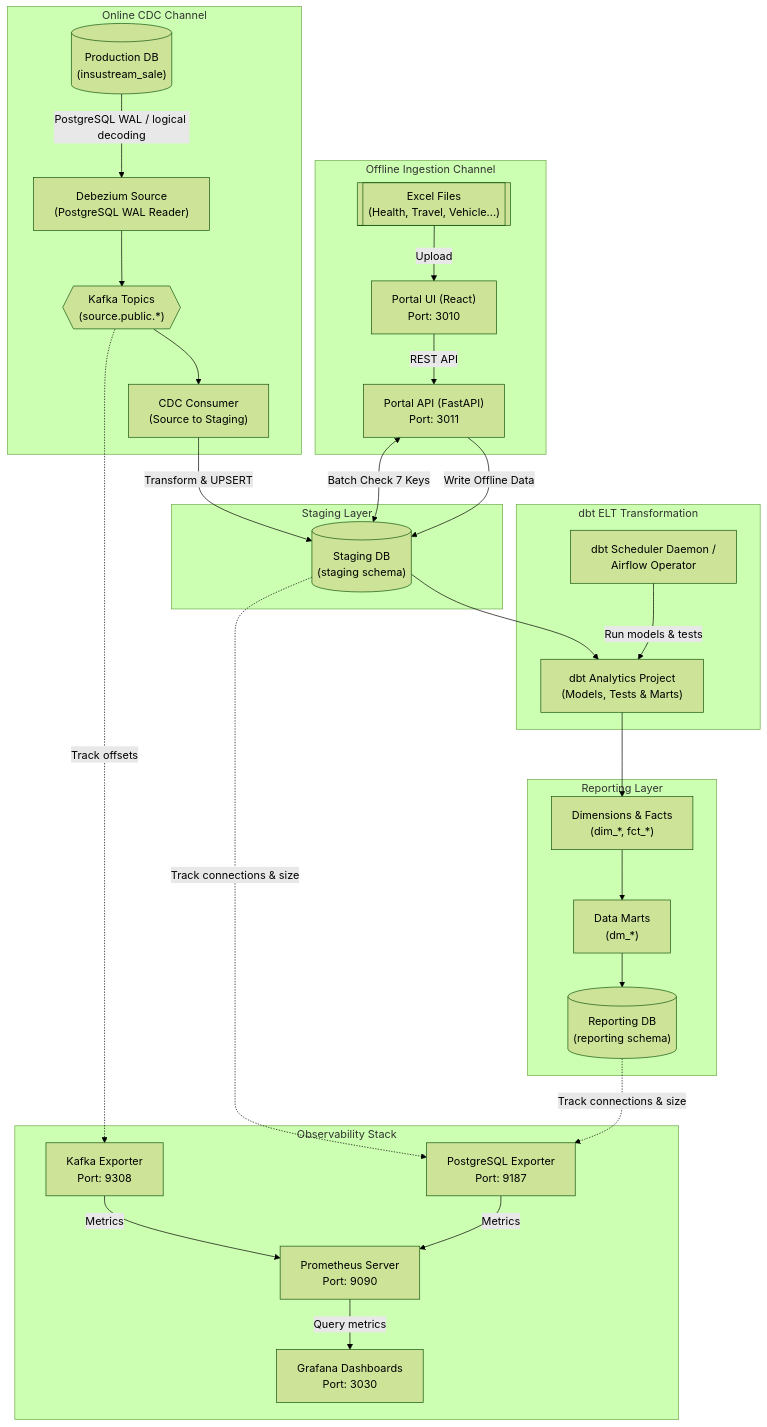
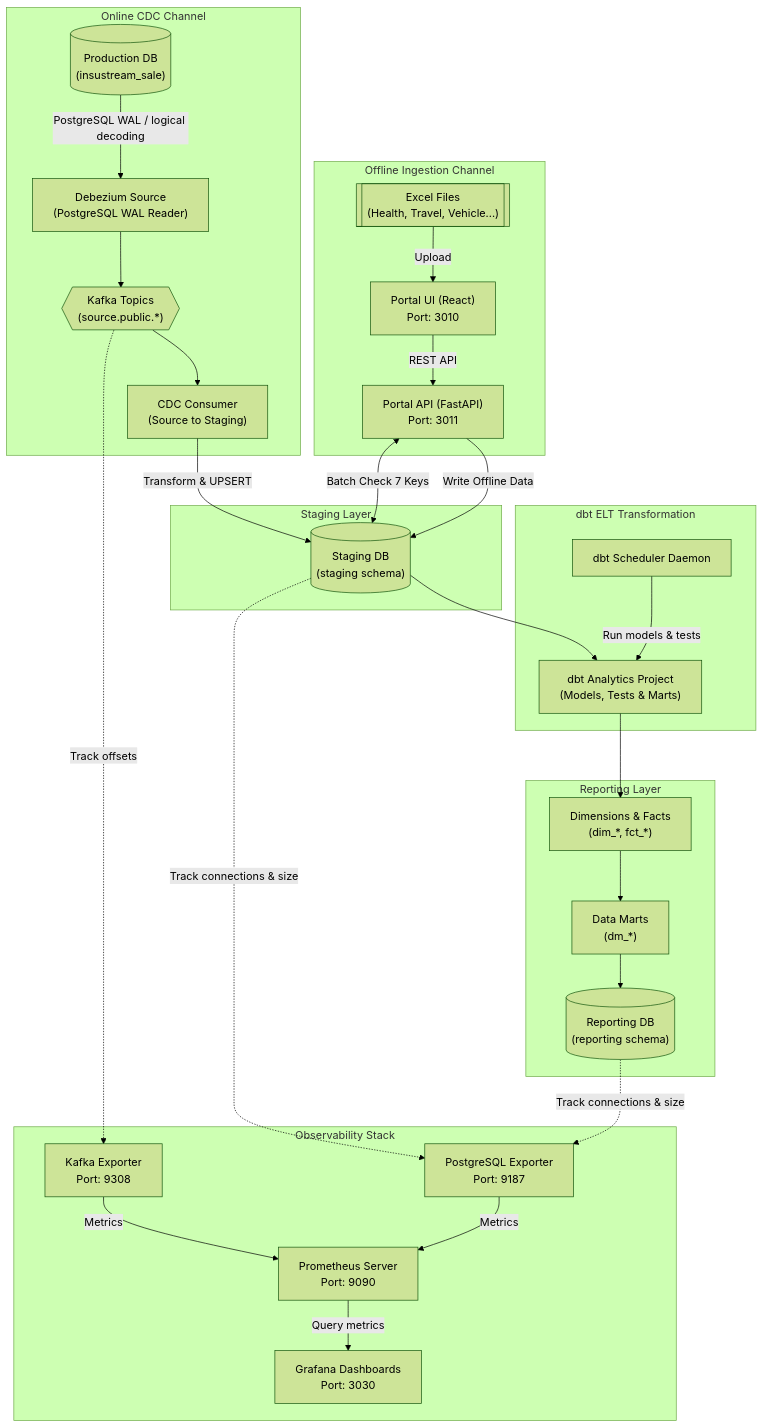
One commit to phatle224/hybrid-data-ingestion-streaming-platform changed the diagram in README.md. Above: the diagram before and after it, drawn with Mermaid (forest theme). The commit also changed other lines of this file and 3 other files, not shown here.

````diff
--- a/README.md
+++ b/README.md
@@ -54,64 +54,64 @@
 ```mermaid
 flowchart TB
     subgraph "Online CDC Channel"
         SRC_DB[("Production DB<br/>(insustream_sale)")]
         DBZ_SRC["Debezium Source<br/>(PostgreSQL WAL Reader)"]
         KF_SRC{{"Kafka Topics<br/>(source.public.*)"}}
         CDC_CONS["CDC Consumer<br/>(Source to Staging)"]
     end
 
     subgraph "Offline Ingestion Channel"
         EXCEL[["Excel Files<br/>(Health, Travel, Vehicle...)"]]
         PORTAL_FE["Portal UI (React)<br/>Port: 3010"]
         PORTAL_BE["Portal API (FastAPI)<br/>Port: 3011"]
     end
 
     subgraph "Staging Layer"
         STG_DB[("Staging DB<br/>(staging schema)")]
     end
 
     subgraph "dbt ELT Transformation"
-        SCHEDULER["dbt Scheduler Daemon /<br/>Airflow Operator"]
+        SCHEDULER["dbt Scheduler Daemon"]
         DBT_ANALYTICS["dbt Analytics Project<br/>(Models, Tests & Marts)"]
     end
 
     subgraph "Reporting Layer"
         RPT_DB[("Reporting DB<br/>(reporting schema)")]
         WIDE_TAB["Dimensions & Facts<br/>(dim_*, fct_*)"]
         MARTS["Data Marts<br/>(dm_*)"]
     end
 
     subgraph "Observability Stack"
         PROM["Prometheus Server<br/>Port: 9090"]
         GRAF["Grafana Dashboards<br/>Port: 3030"]
         K_EXP["Kafka Exporter<br/>Port: 9308"]
         P_EXP["PostgreSQL Exporter<br/>Port: 9187"]
     end
 
     %% Online Channel
     SRC_DB -->|PostgreSQL WAL / logical decoding| DBZ_SRC
     DBZ_SRC --> KF_SRC
     KF_SRC --> CDC_CONS
     CDC_CONS -->|Transform & UPSERT| STG_DB
 
     %% Offline Channel
     EXCEL -->|Upload| PORTAL_FE
     PORTAL_FE -->|REST API| PORTAL_BE
     PORTAL_BE <-->|Batch Check 7 Keys| STG_DB
     PORTAL_BE -->|Write Offline Data| STG_DB
 
     %% dbt ELT
     STG_DB --> DBT_ANALYTICS
     SCHEDULER -->|Run models & tests| DBT_ANALYTICS
     DBT_ANALYTICS --> WIDE_TAB
     WIDE_TAB --> MARTS
     MARTS --> RPT_DB
 
     %% Observability Connections
     KF_SRC -.->|Track offsets| K_EXP
     K_EXP -->|Metrics| PROM
     STG_DB -.->|Track connections & size| P_EXP
     RPT_DB -.->|Track connections & size| P_EXP
     P_EXP -->|Metrics| PROM
     PROM -->|Query metrics| GRAF
 ```
````
